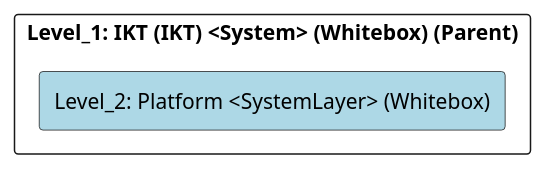
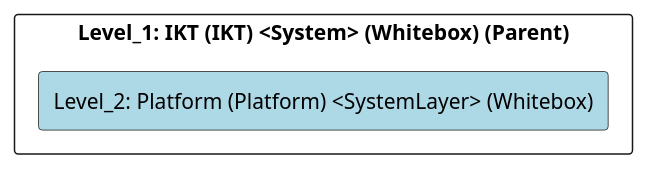
The diagram in src/cleon.architecturemethods.arc42.sample/doc/cleon_architecturemethods_arc42_sample_system/adoc/en/05_building_block_view/ikt/platform/level_2_platform.adoc (marcozwyssig/cleon), drawn with PlantUML before and after one commit. The commit also changed other lines of this file and 166 other files, not shown here.

```diff
--- a/src/cleon.architecturemethods.arc42.sample/doc/cleon_architecturemethods_arc42_sample_system/adoc/en/05_building_block_view/ikt/platform/level_2_platform.adoc
+++ b/src/cleon.architecturemethods.arc42.sample/doc/cleon_architecturemethods_arc42_sample_system/adoc/en/05_building_block_view/ikt/platform/level_2_platform.adoc
@@ -20,24 +20,24 @@
-[plantuml, Level_2: Platform <SystemLayer> (Whitebox)BlockOverview, format="svg"]
+[plantuml, Level_2: Platform (Platform) <SystemLayer> (Whitebox)BlockOverview, format="svg"]
 ----
-@startuml Level_2: Platform <SystemLayer> (Whitebox)BuildingBlockOverview
+@startuml Level_2: Platform (Platform) <SystemLayer> (Whitebox)BuildingBlockOverview
 
 skinparam ranksep 10
 skinparam componentStyle rectangle
 skinparam shadowing false
 skinparam arrowColor lightblue
 skinparam arrowThickness 1.2
 skinparam rectangle {
   BackgroundColor White
   BorderColor #333
   RoundCorner 10
 }
 top to bottom direction
 
 component "Level_1: IKT (IKT) <System> (Whitebox) (Parent)" {
-    component "Level_2: Platform <SystemLayer> (Whitebox)" #lightblue {
+    component "Level_2: Platform (Platform) <SystemLayer> (Whitebox)" #lightblue {
     }
 
 }
 
 @enduml
 ----
```
